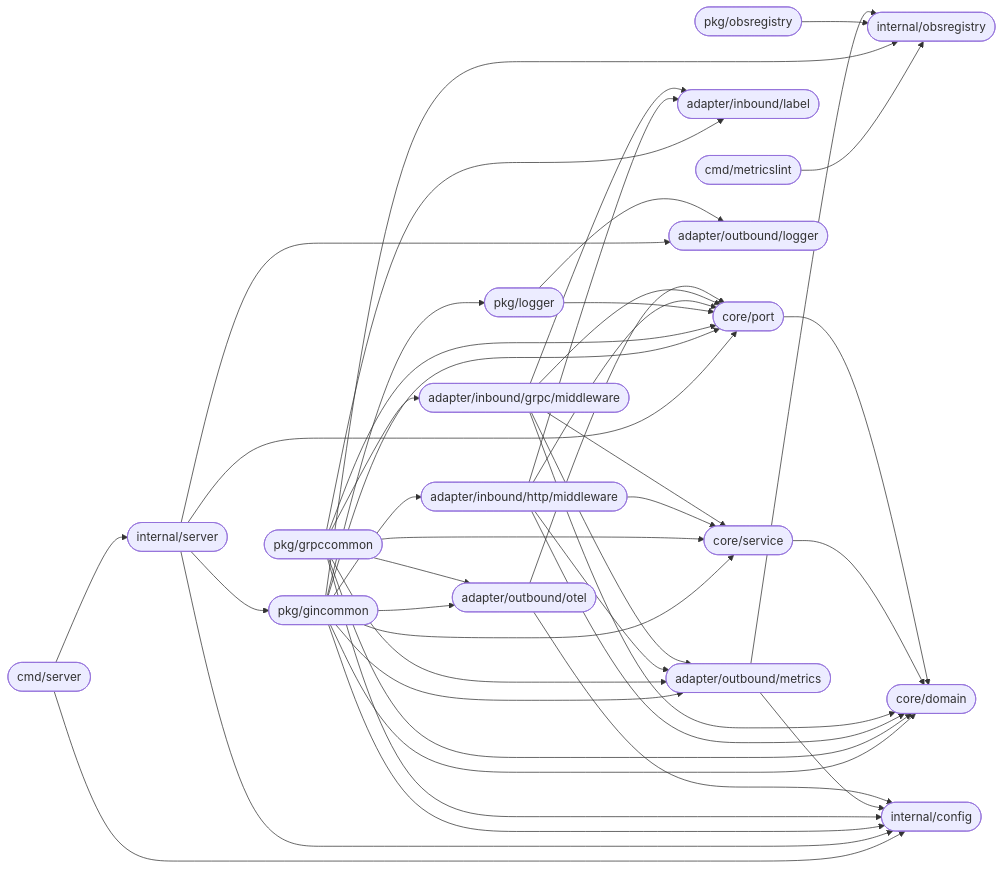
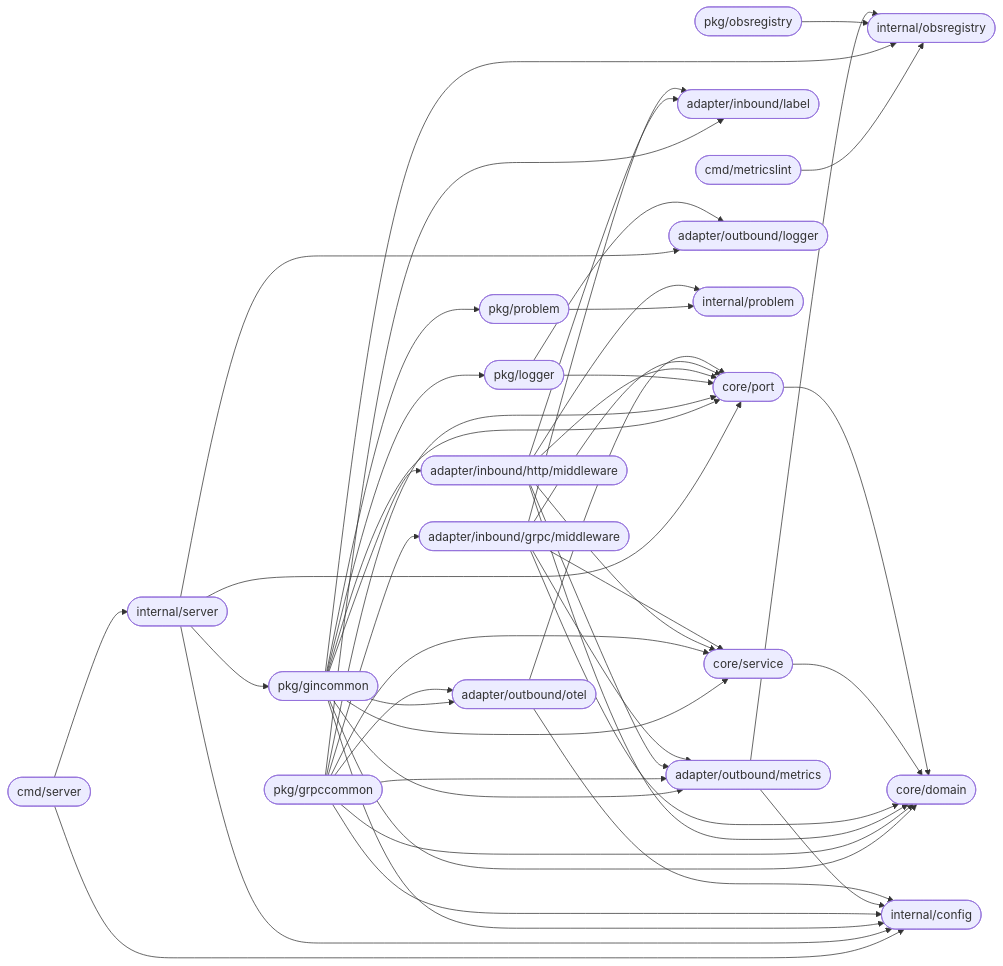
Before and after one commit to BCBP-SOLUTIONS-FZC-LLC/platform-gincommon: the diagram in docs/architecture/mermaid/package-dependencies.mmd, drawn with Mermaid. The commit also changed 18 other files, not shown here.

```diff
--- a/docs/architecture/mermaid/package-dependencies.mmd
+++ b/docs/architecture/mermaid/package-dependencies.mmd
@@ -1,74 +1,79 @@
 graph LR
     server(["cmd/server"])
     metricslint(["cmd/metricslint"])
     demo(["internal/server"])
 
     gincommon(["pkg/gincommon"])
     grpccommon(["pkg/grpccommon"])
     obsregistry_pkg(["pkg/obsregistry"])
+    problem_pkg(["pkg/problem"])
     logger_pkg(["pkg/logger"])
 
     http_mw(["adapter/inbound/http/middleware"])
     grpc_mw(["adapter/inbound/grpc/middleware"])
     label(["adapter/inbound/label"])
 
     metrics(["adapter/outbound/metrics"])
     otel(["adapter/outbound/otel"])
     logger_adp(["adapter/outbound/logger"])
 
     obsregistry(["internal/obsregistry"])
+    problem(["internal/problem"])
     config(["internal/config"])
 
     service(["core/service"])
     port(["core/port"])
     domain(["core/domain"])
 
     server      --> demo
     server      --> config
     metricslint --> obsregistry
     demo        --> gincommon
     demo        --> logger_adp
     demo        --> config
     demo        --> port
 
     gincommon   --> http_mw
+    gincommon   --> problem_pkg
     gincommon   --> metrics
     gincommon   --> otel
     gincommon   --> obsregistry
     gincommon   --> logger_pkg
     gincommon   --> config
     gincommon   --> service
     gincommon   --> port
     gincommon   --> domain
 
     grpccommon  --> grpc_mw
     grpccommon  --> label
     grpccommon  --> metrics
     grpccommon  --> otel
     grpccommon  --> config
     grpccommon  --> service
     grpccommon  --> port
     grpccommon  --> domain
 
     obsregistry_pkg --> obsregistry
+    problem_pkg --> problem
     logger_pkg  --> logger_adp
     logger_pkg  --> port
 
     http_mw     --> label
+    http_mw     --> problem
     http_mw     --> metrics
     http_mw     --> service
     http_mw     --> port
     http_mw     --> domain
     grpc_mw     --> label
     grpc_mw     --> metrics
     grpc_mw     --> service
     grpc_mw     --> port
     grpc_mw     --> domain
 
     metrics     --> obsregistry
     metrics     --> config
     otel        --> config
     otel        --> port
 
     service     --> domain
     port        --> domain
```
